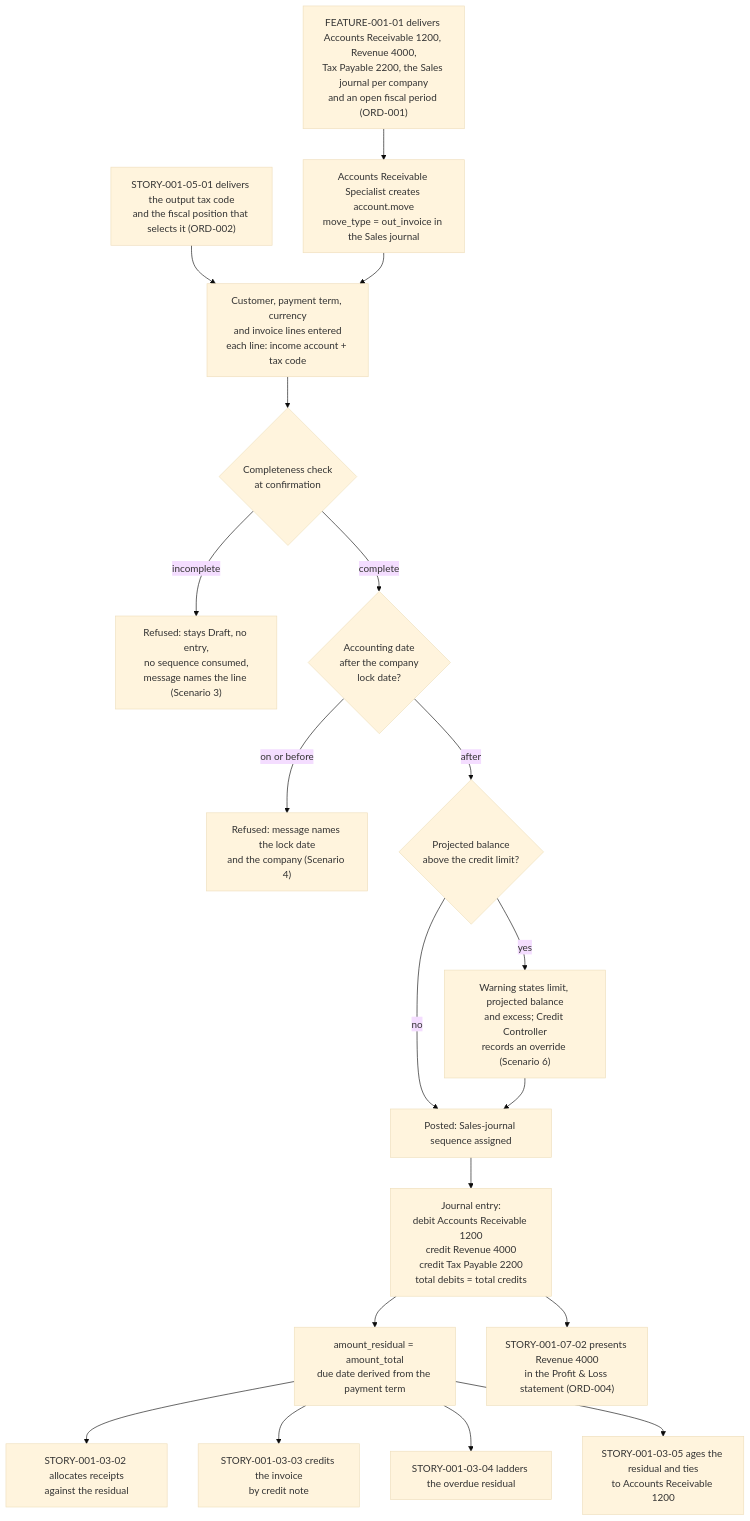
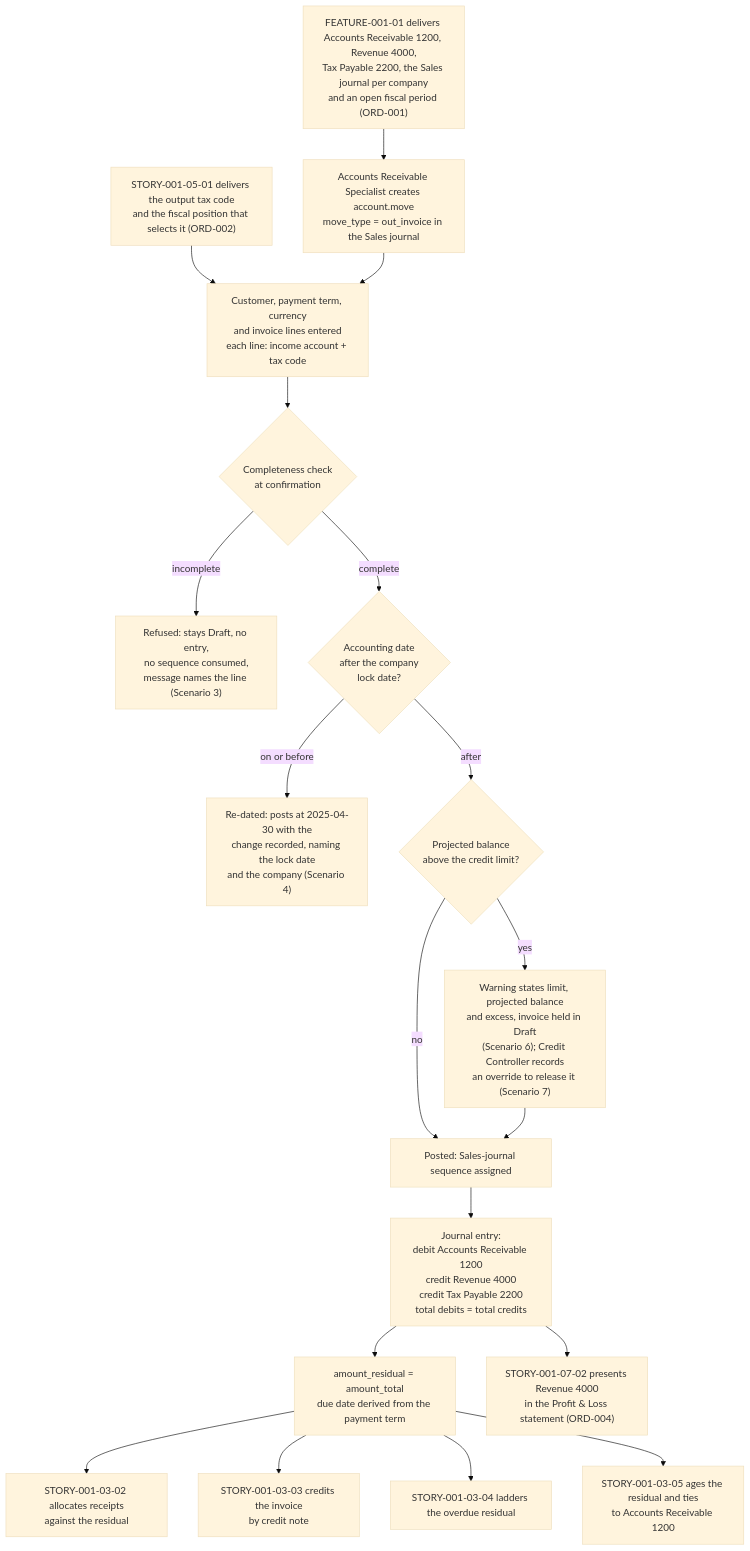
Before and after one commit to Blitzy-Sandbox/blitzy-odoo: the diagram in tickets/EPIC-001/FEATURE-001-03/STORY-001-03-01-generate-customer-invoices.md, drawn with Mermaid (base theme). The commit also changed other lines of this file and 26 other files, not shown here.

````diff
--- a/tickets/EPIC-001/FEATURE-001-03/STORY-001-03-01-generate-customer-invoices.md
+++ b/tickets/EPIC-001/FEATURE-001-03/STORY-001-03-01-generate-customer-invoices.md
@@ -438,40 +456,40 @@
 ```mermaid
 graph TD
     A["FEATURE-001-01 delivers Accounts Receivable 1200, Revenue 4000,<br/>Tax Payable 2200, the Sales journal per company<br/>and an open fiscal period (ORD-001)"]
     B["STORY-001-05-01 delivers the output tax code<br/>and the fiscal position that selects it (ORD-002)"]
     C["Accounts Receivable Specialist creates account.move<br/>move_type = out_invoice in the Sales journal"]
     D["Customer, payment term, currency<br/>and invoice lines entered<br/>each line: income account + tax code"]
     E{"Completeness check<br/>at confirmation"}
     F["Refused: stays Draft, no entry,<br/>no sequence consumed,<br/>message names the line (Scenario 3)"]
     G{"Accounting date<br/>after the company<br/>lock date?"}
-    H["Refused: message names the lock date<br/>and the company (Scenario 4)"]
+    H["Re-dated: posts at 2025-04-30 with the<br/>change recorded, naming the lock date<br/>and the company (Scenario 4)"]
     I{"Projected balance<br/>above the credit limit?"}
-    J["Warning states limit, projected balance<br/>and excess; Credit Controller<br/>records an override (Scenario 6)"]
+    J["Warning states limit, projected balance<br/>and excess, invoice held in Draft<br/>(Scenario 6); Credit Controller records<br/>an override to release it (Scenario 7)"]
     K["Posted: Sales-journal sequence assigned"]
     L["Journal entry:<br/>debit Accounts Receivable 1200<br/>credit Revenue 4000<br/>credit Tax Payable 2200<br/>total debits = total credits"]
     M["amount_residual = amount_total<br/>due date derived from the payment term"]
     N["STORY-001-03-02 allocates receipts<br/>against the residual"]
     O["STORY-001-03-03 credits the invoice<br/>by credit note"]
     P["STORY-001-03-04 ladders the overdue residual"]
     Q["STORY-001-03-05 ages the residual and ties<br/>to Accounts Receivable 1200"]
     R["STORY-001-07-02 presents Revenue 4000<br/>in the Profit & Loss statement (ORD-004)"]
 
     A --> C
     B --> D
     C --> D
     D --> E
     E -->|incomplete| F
     E -->|complete| G
     G -->|"on or before"| H
     G -->|after| I
     I -->|yes| J
     I -->|no| K
     J --> K
     K --> L
     L --> M
     M --> N
     M --> O
     M --> P
     M --> Q
     L --> R
 ```
````
